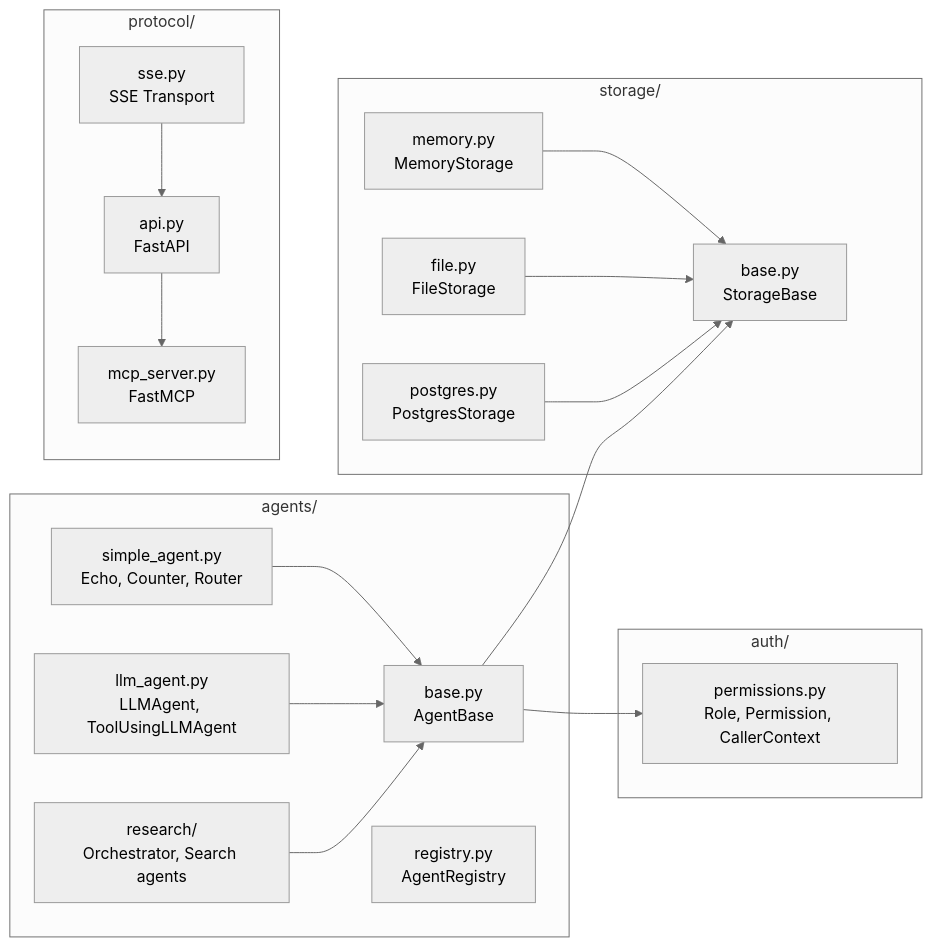
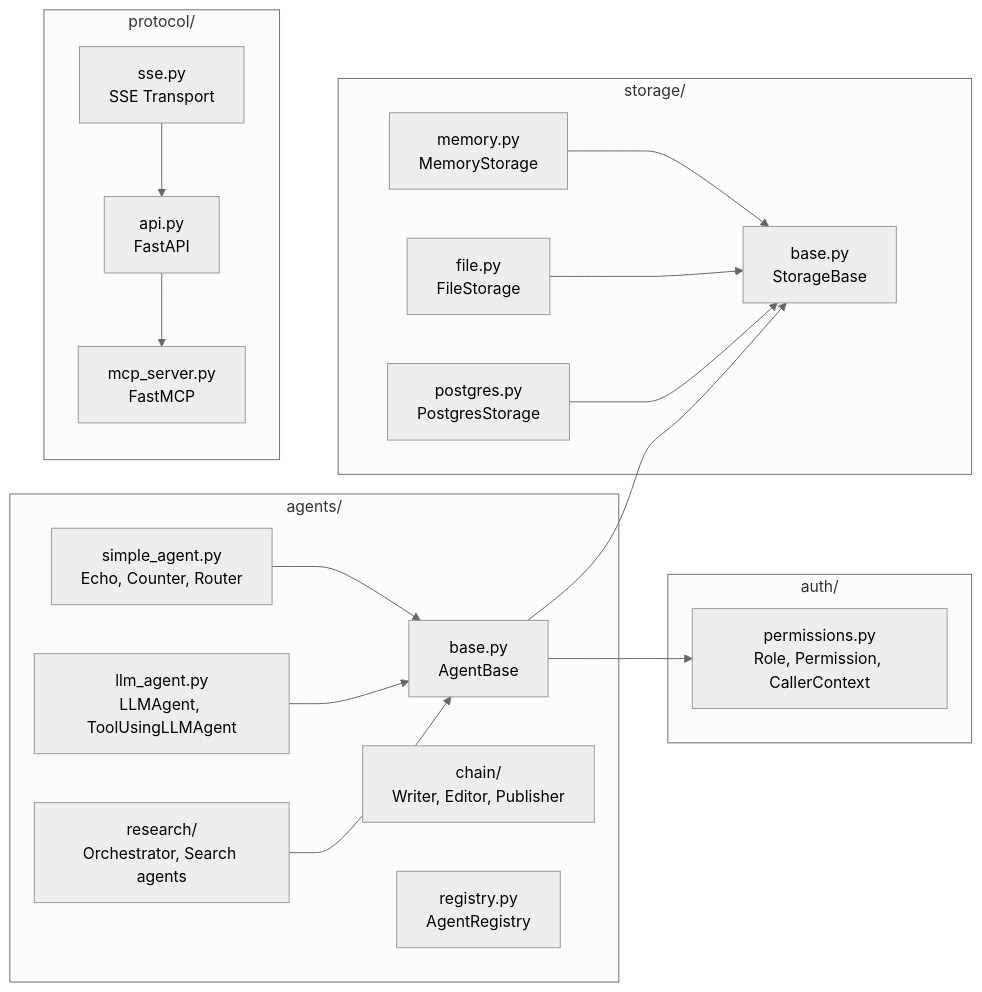
Before and after one commit to lorenzogirardi/a2a: the second of 7 diagrams in docs/software-architecture/README.md, drawn with Mermaid (neutral theme). The commit also changed other lines of this file and 24 other files, not shown here.

````diff
--- a/docs/software-architecture/README.md
+++ b/docs/software-architecture/README.md
@@ -55,41 +56,42 @@
 ```mermaid
 graph LR
     subgraph "agents/"
         BASE[base.py<br/>AgentBase]
         SIMPLE[simple_agent.py<br/>Echo, Counter, Router]
         LLMA[llm_agent.py<br/>LLMAgent, ToolUsingLLMAgent]
         RESEARCH[research/<br/>Orchestrator, Search agents]
+        CHAIN[chain/<br/>Writer, Editor, Publisher]
         REGISTRY[registry.py<br/>AgentRegistry]
     end
 
     subgraph "storage/"
         SBASE[base.py<br/>StorageBase]
         SMEM[memory.py<br/>MemoryStorage]
         SFILE[file.py<br/>FileStorage]
         SPG[postgres.py<br/>PostgresStorage]
     end
 
     subgraph "protocol/"
         PMCP[mcp_server.py<br/>FastMCP]
         PAPI[api.py<br/>FastAPI]
         PSSE[sse.py<br/>SSE Transport]
     end
 
     subgraph "auth/"
         AUTH[permissions.py<br/>Role, Permission, CallerContext]
     end
 
     SIMPLE --> BASE
     LLMA --> BASE
     RESEARCH --> BASE
 
     SMEM --> SBASE
     SFILE --> SBASE
     SPG --> SBASE
 
     PAPI --> PMCP
     PSSE --> PAPI
 
     BASE --> SBASE
     BASE --> AUTH
 ```
````
